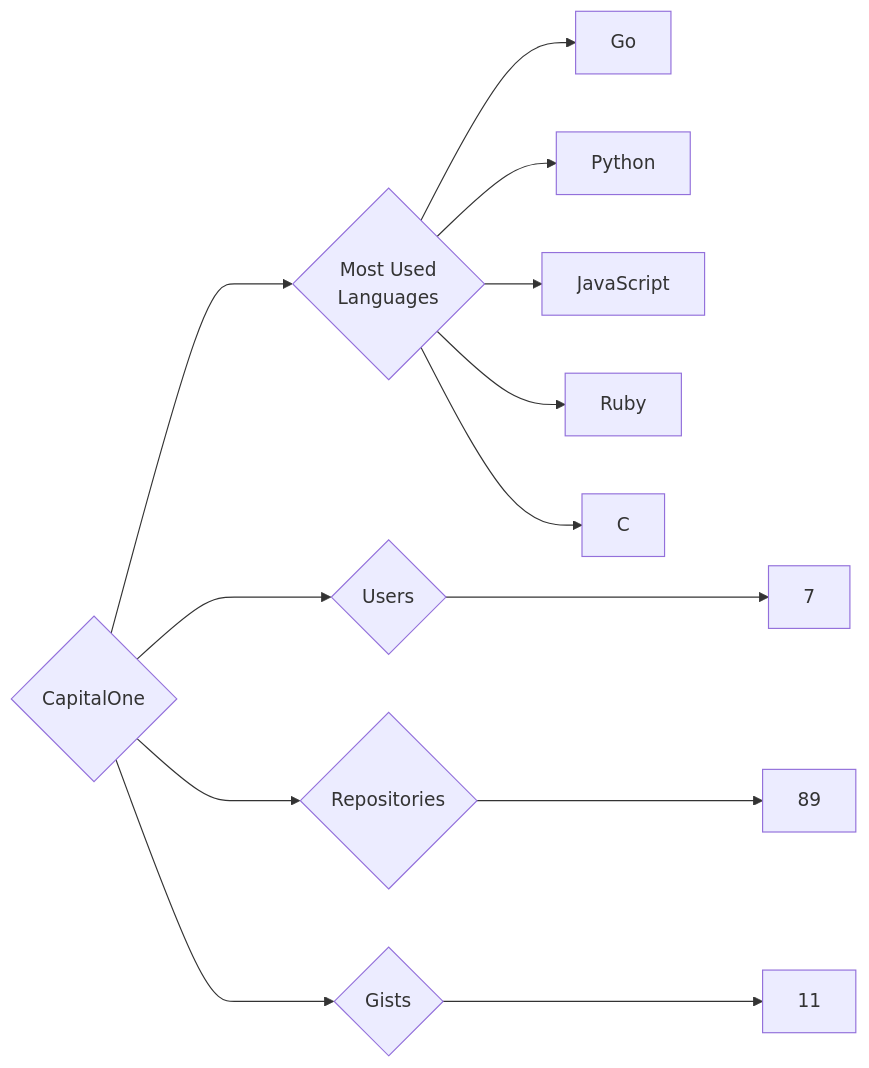
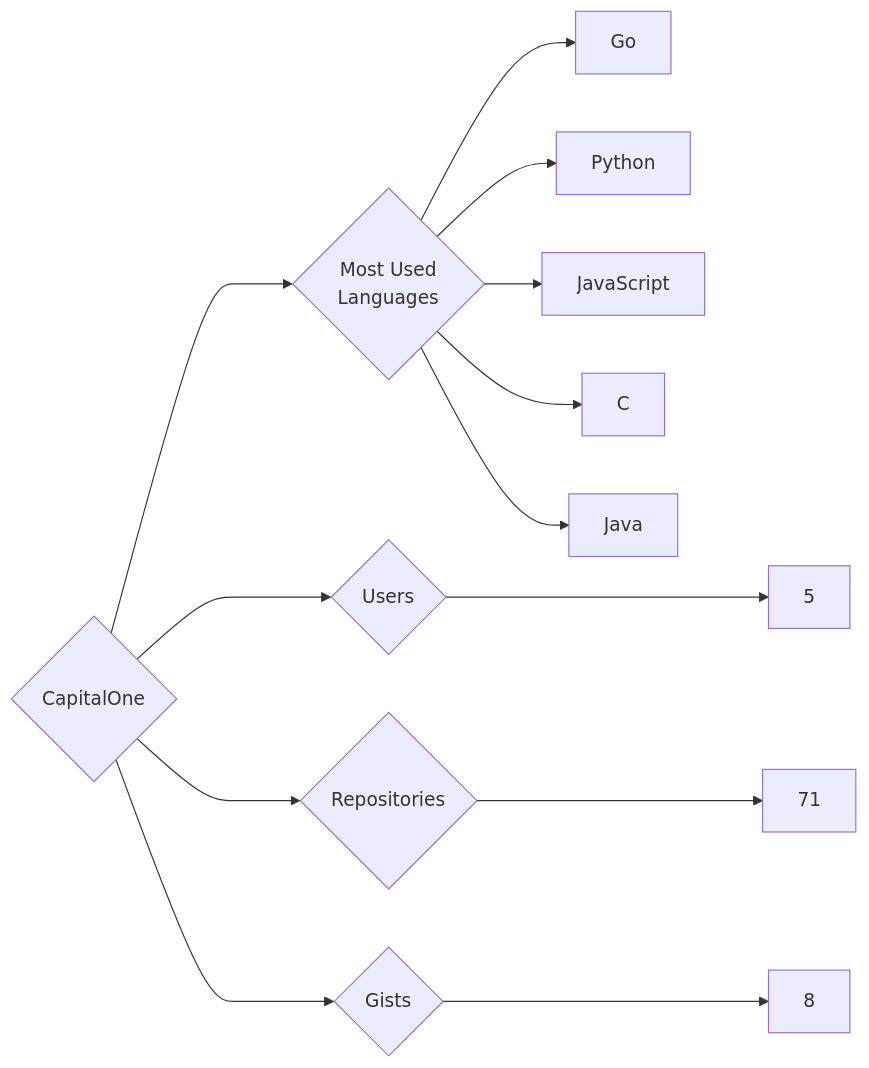
The diagram in targets/CapitalOne/README.md (trickest/insiders), drawn with Mermaid before and after one commit. The commit also changed 823 other files, not shown here.

````diff
--- a/targets/CapitalOne/README.md
+++ b/targets/CapitalOne/README.md
@@ -3,13 +3,13 @@
 ```mermaid
 graph LR
 COMPANY_NAME{CapitalOne}
-COMPANY_NAME ---> U{Users} ---> UN[7]
-COMPANY_NAME ---> R{Repositories} ---> RN[89]
-COMPANY_NAME ---> G{Gists} ---> GN[11]
+COMPANY_NAME ---> U{Users} ---> UN[5]
+COMPANY_NAME ---> R{Repositories} ---> RN[71]
+COMPANY_NAME ---> G{Gists} ---> GN[8]
 COMPANY_NAME ---> ML{Most Used<br>Languages}
 ML --> Go[Go]
 ML --> Python[Python]
 ML --> JavaScript[JavaScript]
-ML --> Ruby[Ruby]
 ML --> C[C]
+ML --> Java[Java]
 ```
````
